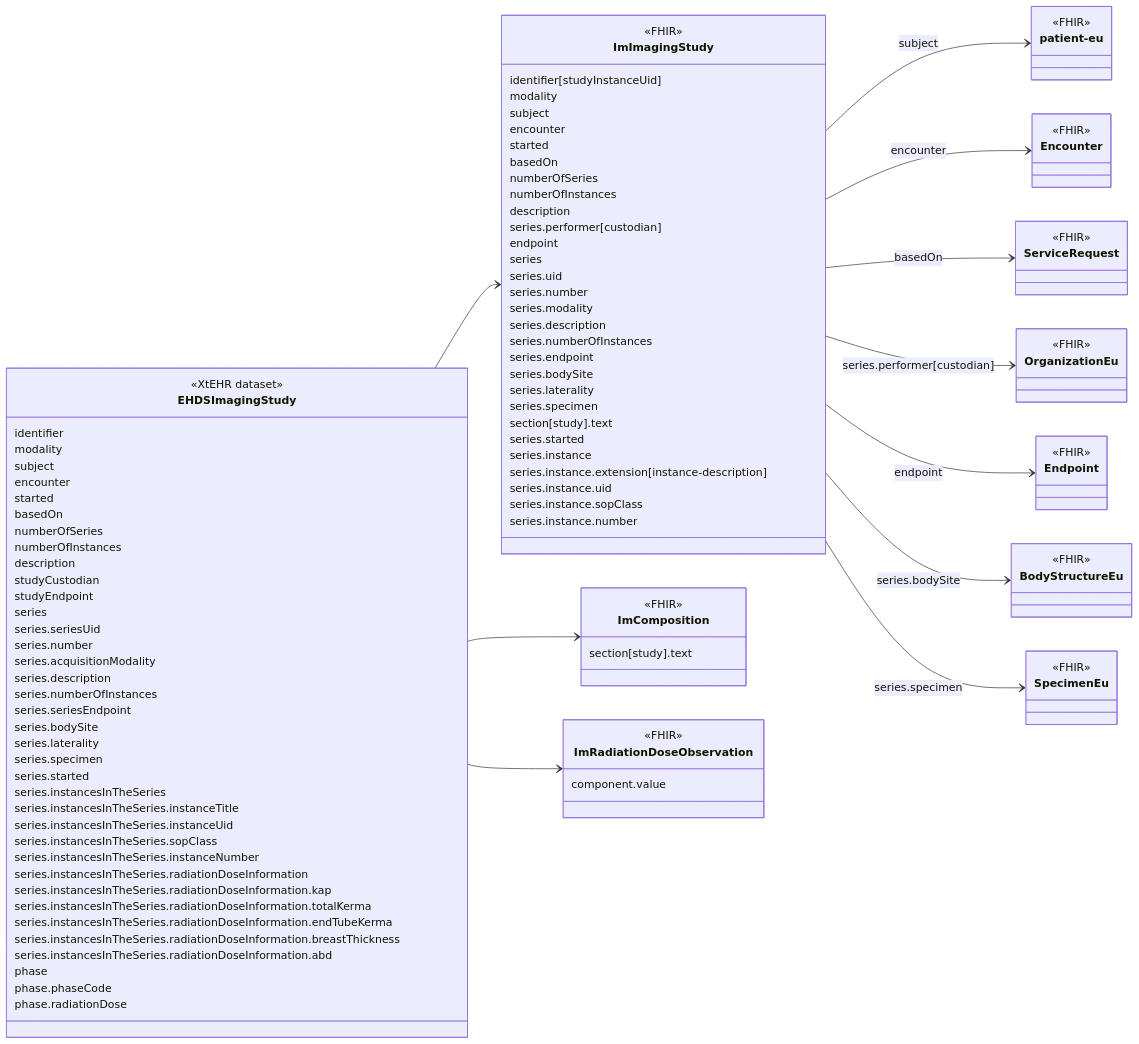
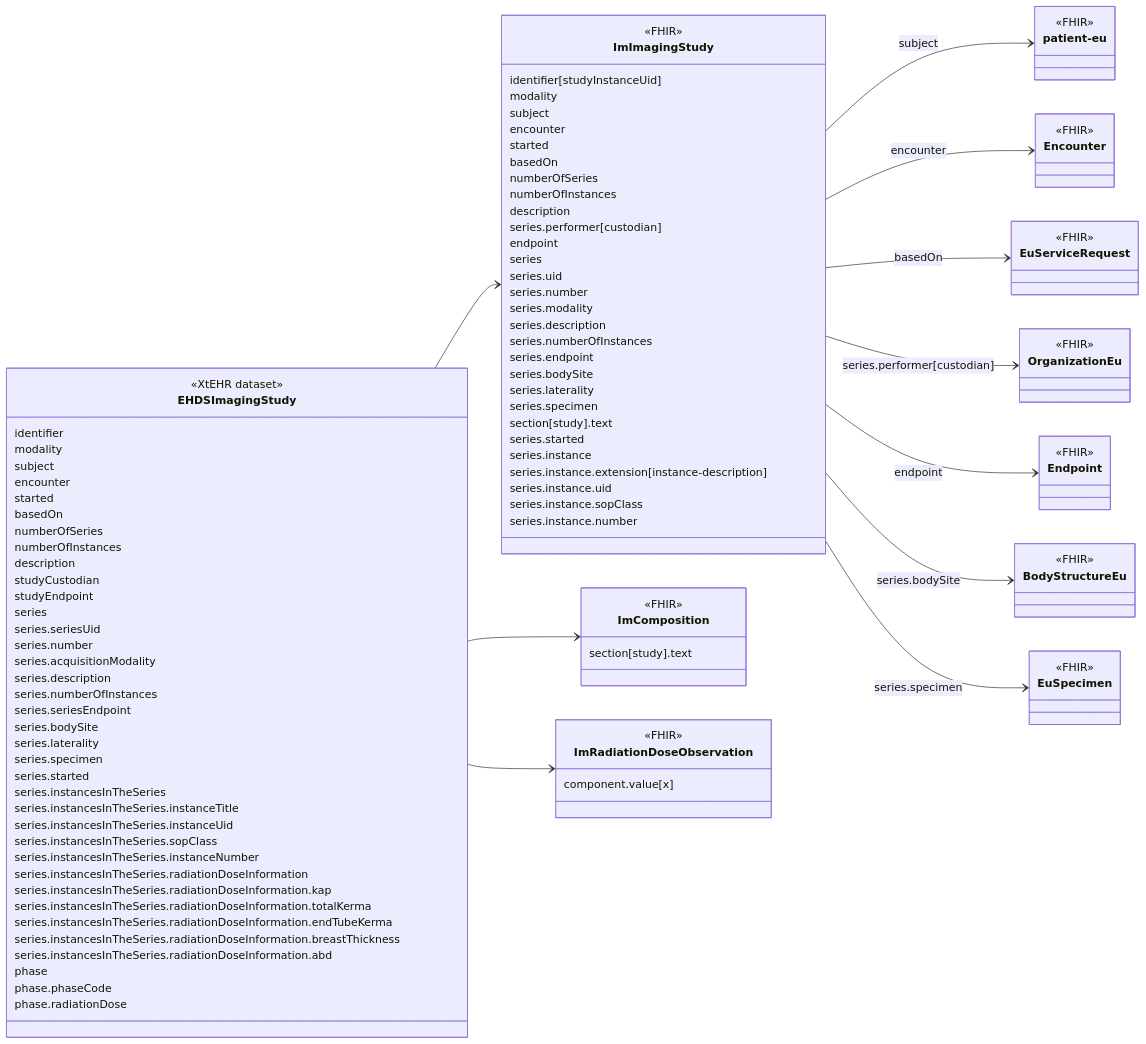
One commit to oijauregui/ehdsimaging changed the diagram in input/intro-notes/ConceptMap-EHDSImagingStudyMap-intro.md. Above: the diagram before and after it, drawn with Mermaid. The commit also changed 85 other files, not shown here.

````diff
--- a/input/intro-notes/ConceptMap-EHDSImagingStudyMap-intro.md
+++ b/input/intro-notes/ConceptMap-EHDSImagingStudyMap-intro.md
@@ -84,7 +84,7 @@
 
 class ImRadiationDoseObservation{
   <<FHIR>>
-  component.value
+  component.value[x]
 }
 
 class patient-eu {
@@ -93,7 +93,7 @@
 class Encounter {
   <<FHIR>>
 }
-class ServiceRequest {
+class EuServiceRequest {
   <<FHIR>>
 }
 class OrganizationEu {
@@ -105,17 +105,17 @@
 class BodyStructureEu {
   <<FHIR>>
 }
-class SpecimenEu {
+class EuSpecimen {
   <<FHIR>>
 }
 EHDSImagingStudy --> ImImagingStudy
 ImImagingStudy --> patient-eu : subject
 ImImagingStudy --> Encounter : encounter
-ImImagingStudy --> ServiceRequest : basedOn
+ImImagingStudy --> EuServiceRequest : basedOn
 ImImagingStudy --> OrganizationEu : series.performer[custodian]
 ImImagingStudy --> Endpoint : endpoint
 ImImagingStudy --> BodyStructureEu : series.bodySite
-ImImagingStudy --> SpecimenEu : series.specimen
+ImImagingStudy --> EuSpecimen : series.specimen
 EHDSImagingStudy --> ImComposition
 EHDSImagingStudy --> ImRadiationDoseObservation
 ```
````
